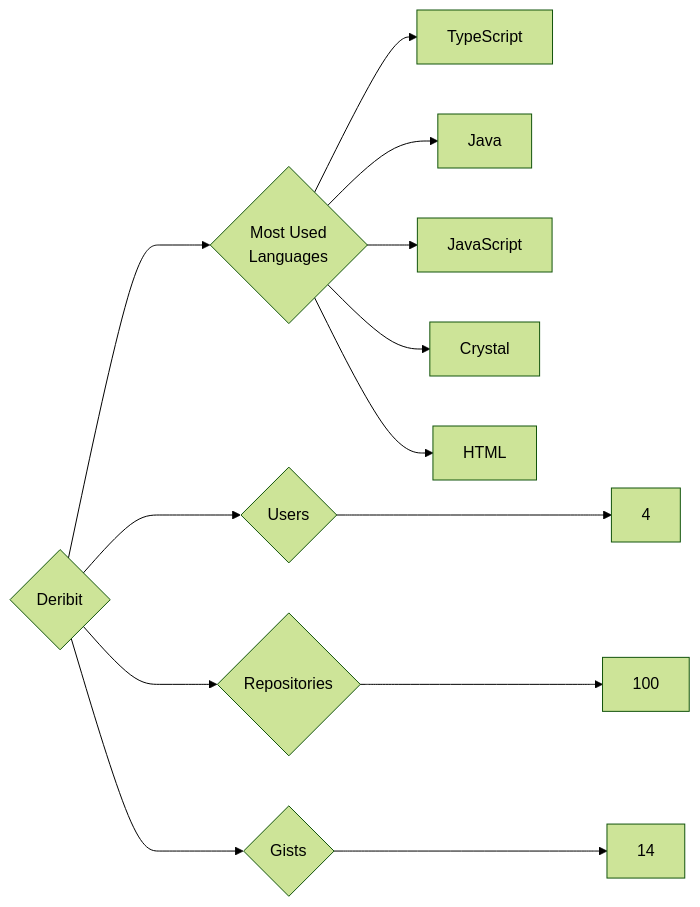
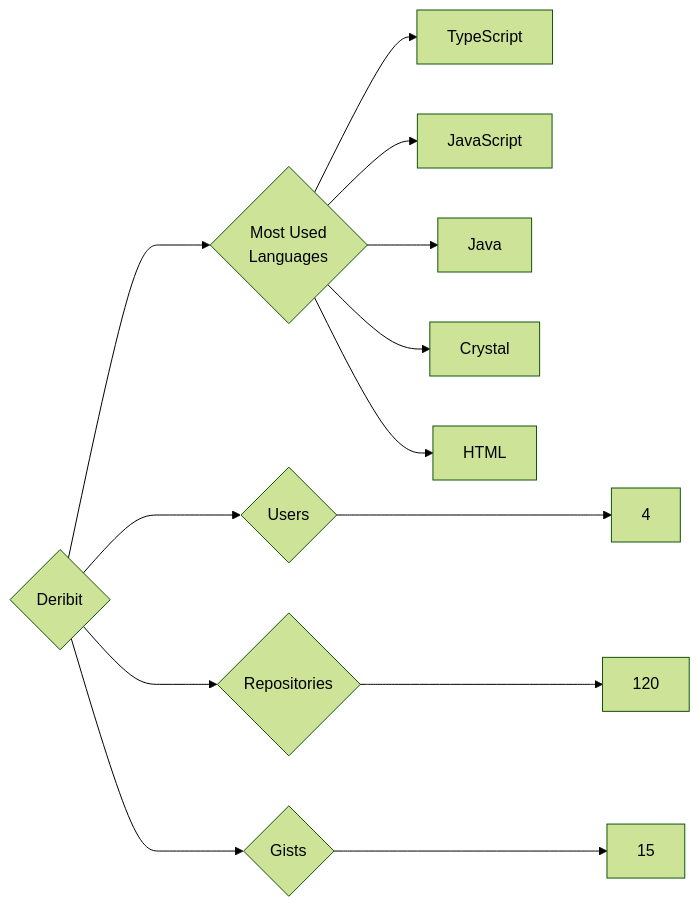
The diagram in targets/Deribit/README.md (trickest/insiders), drawn with Mermaid (forest theme) before and after one commit. The commit also changed 786 other files, not shown here.

````diff
--- a/targets/Deribit/README.md
+++ b/targets/Deribit/README.md
@@ -3,13 +3,13 @@
 ```mermaid
 graph LR
 COMPANY_NAME{Deribit}
 COMPANY_NAME ---> U{Users} ---> UN[4]
-COMPANY_NAME ---> R{Repositories} ---> RN[100]
-COMPANY_NAME ---> G{Gists} ---> GN[14]
+COMPANY_NAME ---> R{Repositories} ---> RN[120]
+COMPANY_NAME ---> G{Gists} ---> GN[15]
 COMPANY_NAME ---> ML{Most Used<br>Languages}
 ML --> TypeScript[TypeScript]
+ML --> JavaScript[JavaScript]
 ML --> Java[Java]
-ML --> JavaScript[JavaScript]
 ML --> Crystal[Crystal]
 ML --> HTML[HTML]
 ```
````
